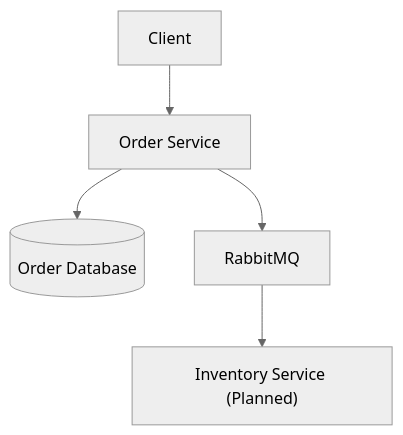
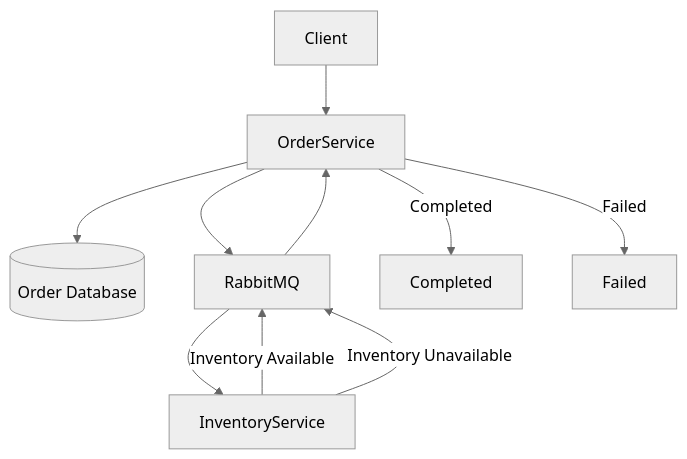
One commit to BrandonGatewood/distributedOrderProcessingSystem changed the diagram in README.md. Above: the diagram before and after it, drawn with Mermaid (neutral theme).

````diff
--- a/README.md
+++ b/README.md
@@ -24,7 +24,16 @@
 ```mermaid
 flowchart TD
-    Client --> OrderService["Order Service"]
+    Client --> OrderService
     OrderService --> DB[(Order Database)]
     OrderService --> RabbitMQ
-    RabbitMQ --> InventoryService["Inventory Service (Planned)"]
+
+    RabbitMQ --> InventoryService
+
+    InventoryService -->|Inventory Available| RabbitMQ
+    InventoryService -->|Inventory Unavailable| RabbitMQ
+
+    RabbitMQ --> OrderService
+
+    OrderService -->|Completed| CompletedOrder[Completed]
+    OrderService -->|Failed| FailedOrder[Failed]
 ```
````
